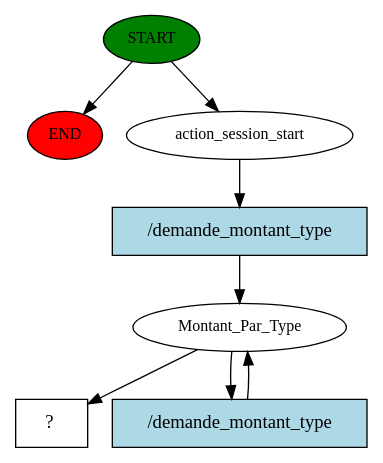
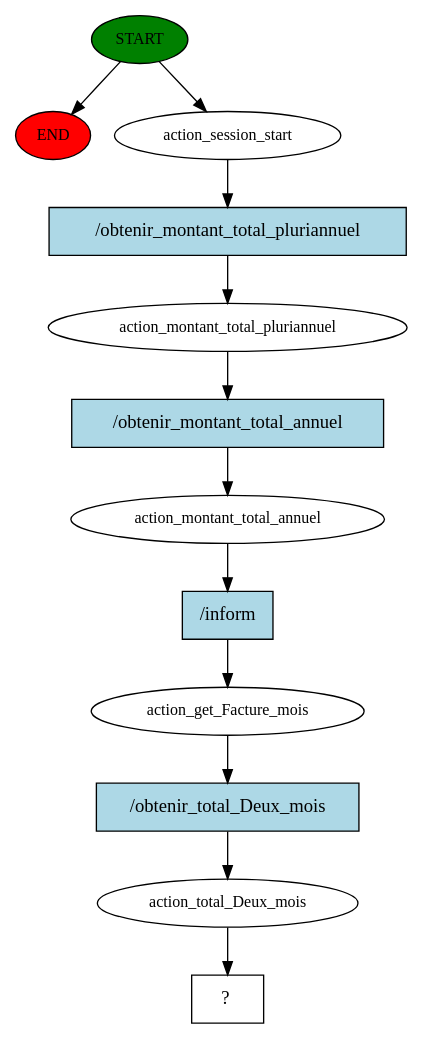
Before and after one commit to youssef-zghal/rasa-vermeg: the diagram in rasa/story_graph.dot, drawn with Graphviz. The commit also changed 34 other files, not shown here.

```diff
--- a/rasa/story_graph.dot
+++ b/rasa/story_graph.dot
@@ -1,16 +1,25 @@
 digraph  {
 0 [class="start active", fillcolor=green, fontsize=12, label=START, style=filled];
 "-1" [class=end, fillcolor=red, fontsize=12, label=END, style=filled];
 1 [class=active, fontsize=12, label=action_session_start];
-2 [class=active, fontsize=12, label=Montant_Par_Type];
-4 [class="intent dashed active", label="  ?  ", shape=rect];
-5 [class="intent active", fillcolor=lightblue, label="/demande_montant_type", shape=rect, style=filled];
-6 [class="intent active", fillcolor=lightblue, label="/demande_montant_type", shape=rect, style=filled];
+2 [class=active, fontsize=12, label=action_montant_total_pluriannuel];
+3 [class=active, fontsize=12, label=action_montant_total_annuel];
+4 [class=active, fontsize=12, label=action_get_Facture_mois];
+5 [class=active, fontsize=12, label=action_total_Deux_mois];
+6 [class="intent dashed active", label="  ?  ", shape=rect];
+7 [class="intent active", fillcolor=lightblue, label="/obtenir_montant_total_pluriannuel", shape=rect, style=filled];
+8 [class="intent active", fillcolor=lightblue, label="/obtenir_montant_total_annuel", shape=rect, style=filled];
+9 [class="intent active", fillcolor=lightblue, label="/inform", shape=rect, style=filled];
+10 [class="intent active", fillcolor=lightblue, label="/obtenir_total_Deux_mois", shape=rect, style=filled];
 0 -> "-1"  [class="", key=NONE, label=""];
 0 -> 1  [class=active, key=NONE, label=""];
-1 -> 5  [class=active, key=0];
-2 -> 4  [class=active, key=NONE, label=""];
-2 -> 6  [class=active, key=0];
-5 -> 2  [class=active, key=0];
-6 -> 2  [class=active, key=0];
+1 -> 7  [class=active, key=0];
+2 -> 8  [class=active, key=0];
+3 -> 9  [class=active, key=0];
+4 -> 10  [class=active, key=0];
+5 -> 6  [class=active, key=NONE, label=""];
+7 -> 2  [class=active, key=0];
+8 -> 3  [class=active, key=0];
+9 -> 4  [class=active, key=0];
+10 -> 5  [class=active, key=0];
 }
```
